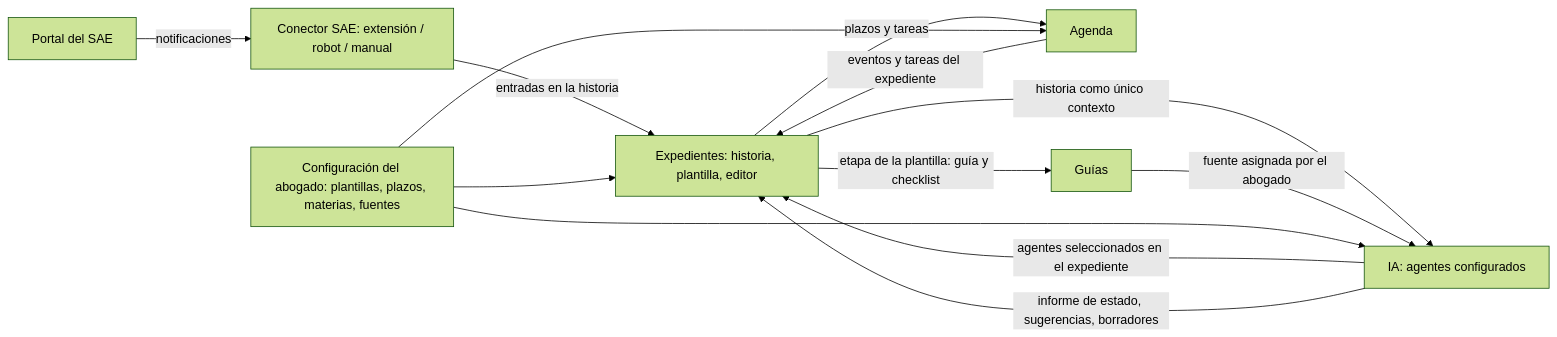
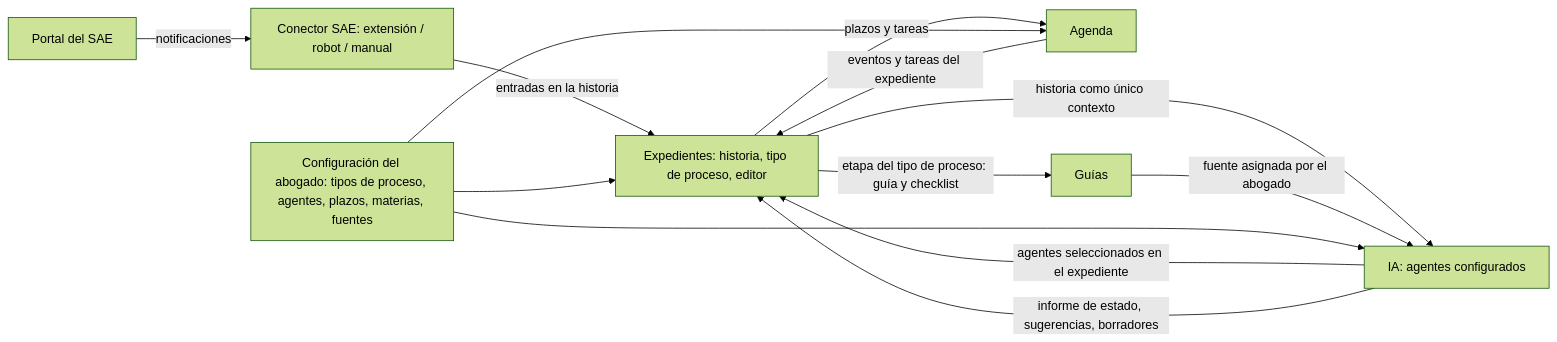
One commit to hernanhael/agh changed the diagram in docs/00-vision.md. Above: the diagram before and after it, drawn with Mermaid (forest theme). The commit also changed other lines of this file and 53 other files, not shown here.

First line of the commit message:
Configuración de tipos de proceso y agentes, expedientes y normalización

````diff
--- a/docs/00-vision.md
+++ b/docs/00-vision.md
@@ -46,23 +49,23 @@
 ```mermaid
 flowchart LR
     SAE[Portal del SAE]
     CON[Conector SAE: extensión / robot / manual]
-    EXP[Expedientes: historia, plantilla, editor]
+    EXP[Expedientes: historia, tipo de proceso, editor]
     AG[Agenda]
     IA[IA: agentes configurados]
     GU[Guías]
-    CFG[Configuración del abogado: plantillas, plazos, materias, fuentes]
+    CFG[Configuración del abogado: tipos de proceso, agentes, plazos, materias, fuentes]
 
     SAE -- "notificaciones" --> CON
     CON -- "entradas en la historia" --> EXP
     EXP -- "plazos y tareas" --> AG
     AG -- "eventos y tareas del expediente" --> EXP
     IA -- "agentes seleccionados en el expediente" --> EXP
     EXP -- "historia como único contexto" --> IA
     IA -- "informe de estado, sugerencias, borradores" --> EXP
     GU -- "fuente asignada por el abogado" --> IA
-    EXP -- "etapa de la plantilla: guía y checklist" --> GU
+    EXP -- "etapa del tipo de proceso: guía y checklist" --> GU
     CFG --> EXP
     CFG --> IA
     CFG --> AG
 ```
````
